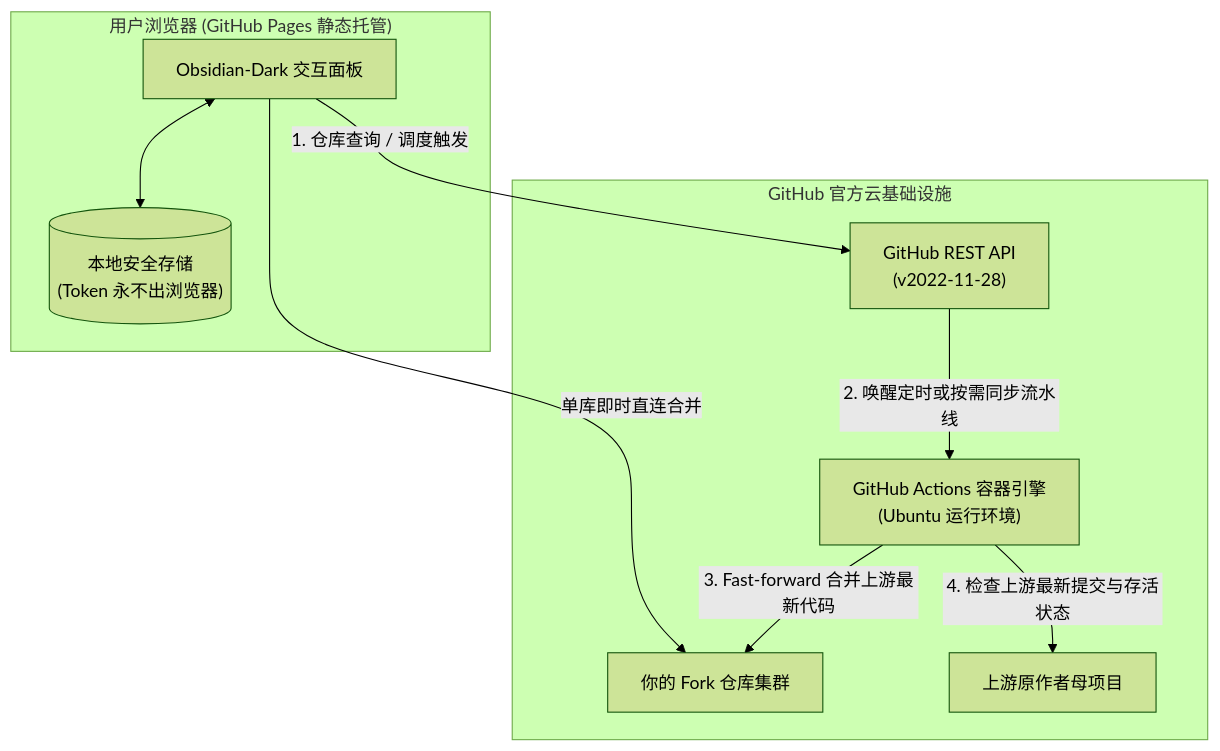
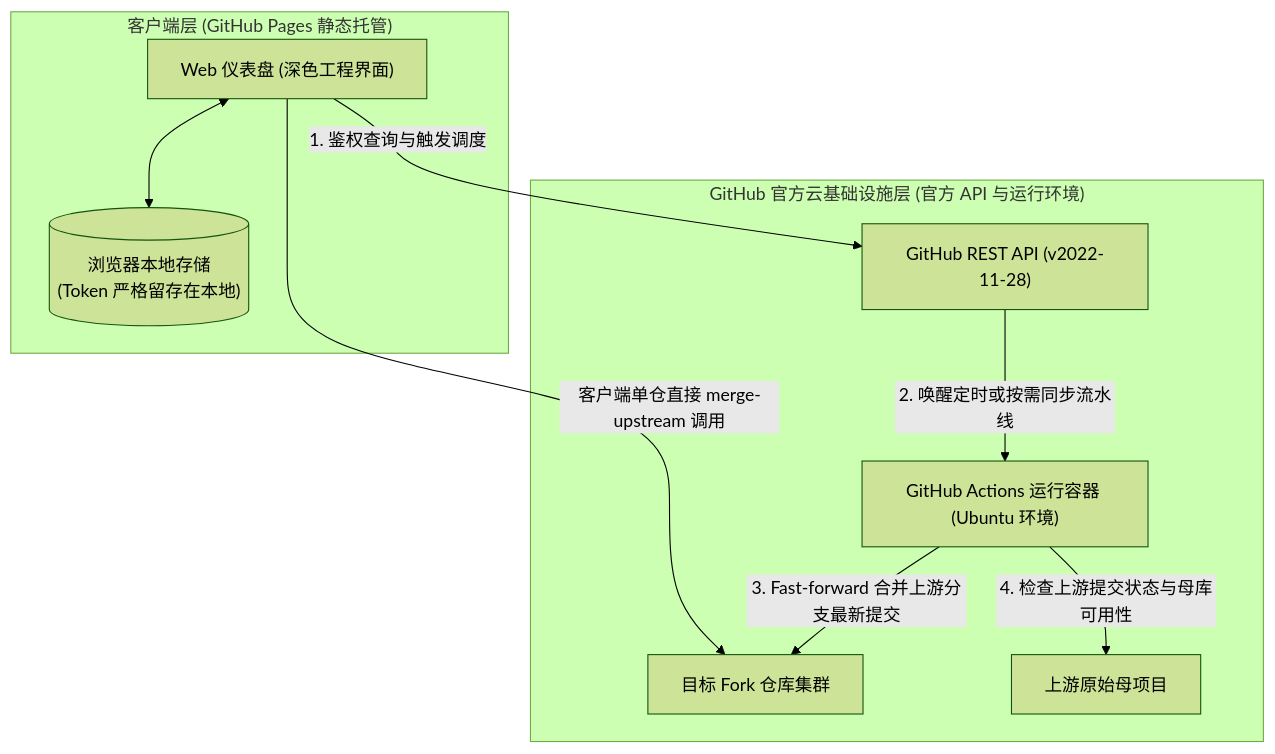
One commit to millerwilliam088/fork-auto-sync changed the diagram in README_zh.md. Above: the diagram before and after it, drawn with Mermaid (forest theme). The commit also changed other lines of this file and 5 other files, not shown here.

Commit message:
docs: 规范化多语言文档语言风格、移除冗余表情并内嵌控制台与设置界面截图

````diff
--- a/README_zh.md
+++ b/README_zh.md
@@ -74,21 +84,21 @@
 ```mermaid
 flowchart TD
-    subgraph Client ["用户浏览器 (GitHub Pages 静态托管)"]
-        UI["Obsidian-Dark 交互面板"]
-        Storage[("本地安全存储\n(Token 永不出浏览器)")]
-        UI <--> Storage
+    subgraph Client ["客户端层 (GitHub Pages 静态托管)"]
+        Dashboard["Web 仪表盘 (深色工程界面)"]
+        LocalStorage[("浏览器本地存储\n(Token 严格留存在本地)")]
+        Dashboard <--> LocalStorage
     end
 
-    subgraph GitHub ["GitHub 官方云基础设施"]
-        API["GitHub REST API\n(v2022-11-28)"]
-        Actions["GitHub Actions 容器引擎\n(Ubuntu 运行环境)"]
-        Forks["你的 Fork 仓库集群"]
-        Upstream["上游原作者母项目"]
+    subgraph GitHub ["GitHub 官方云基础设施层 (官方 API 与运行环境)"]
+        RESTAPI["GitHub REST API (v2022-11-28)"]
+        WorkflowEngine["GitHub Actions 运行容器 (Ubuntu 环境)"]
+        ForkRepos["目标 Fork 仓库集群"]
+        UpstreamRepos["上游原始母项目"]
     end
 
-    UI -- "1. 仓库查询 / 调度触发" --> API
-    API -- "2. 唤醒定时或按需同步流水线" --> Actions
-    Actions -- "3. Fast-forward 合并上游最新代码" --> Forks
-    Actions -- "4. 检查上游最新提交与存活状态" --> Upstream
-    UI -- "单库即时直连合并" --> Forks
+    Dashboard -- "1. 鉴权查询与触发调度" --> RESTAPI
+    RESTAPI -- "2. 唤醒定时或按需同步流水线" --> WorkflowEngine
+    WorkflowEngine -- "3. Fast-forward 合并上游分支最新提交" --> ForkRepos
+    WorkflowEngine -- "4. 检查上游提交状态与母库可用性" --> UpstreamRepos
+    Dashboard -- "客户端单仓直接 merge-upstream 调用" --> ForkRepos
 ```
````
